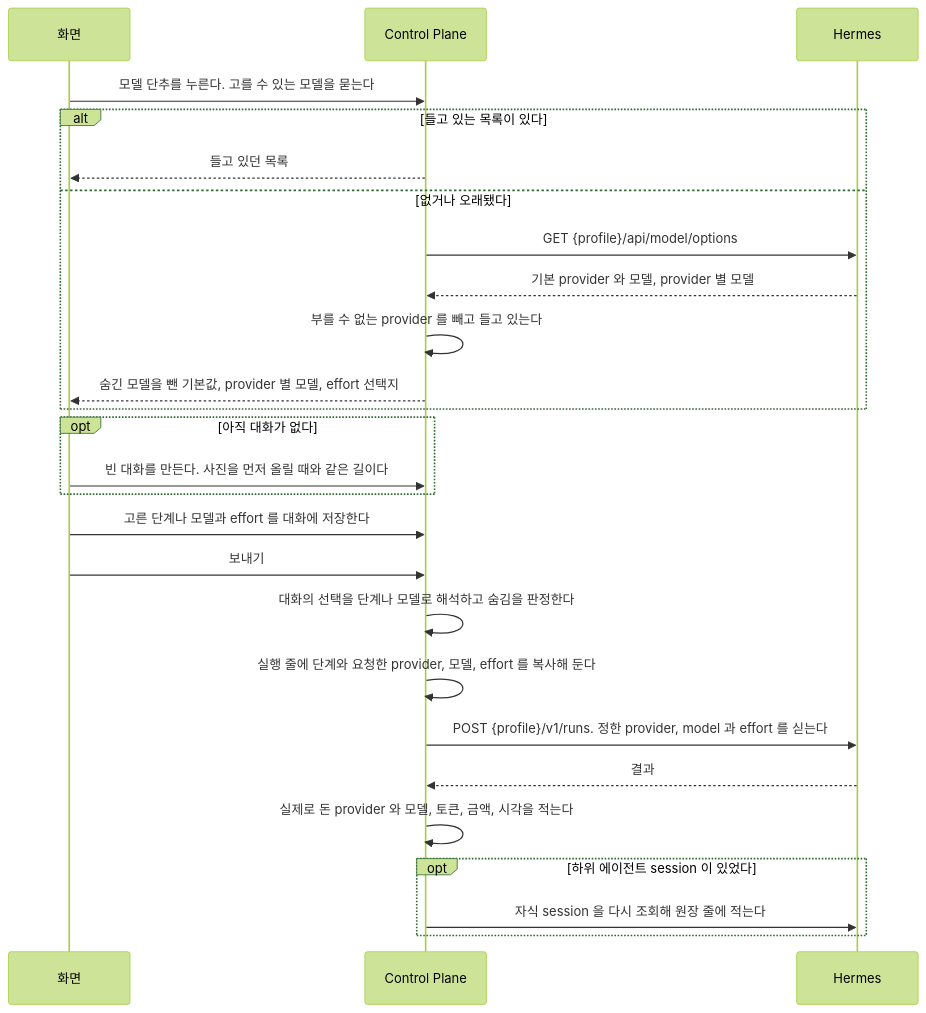
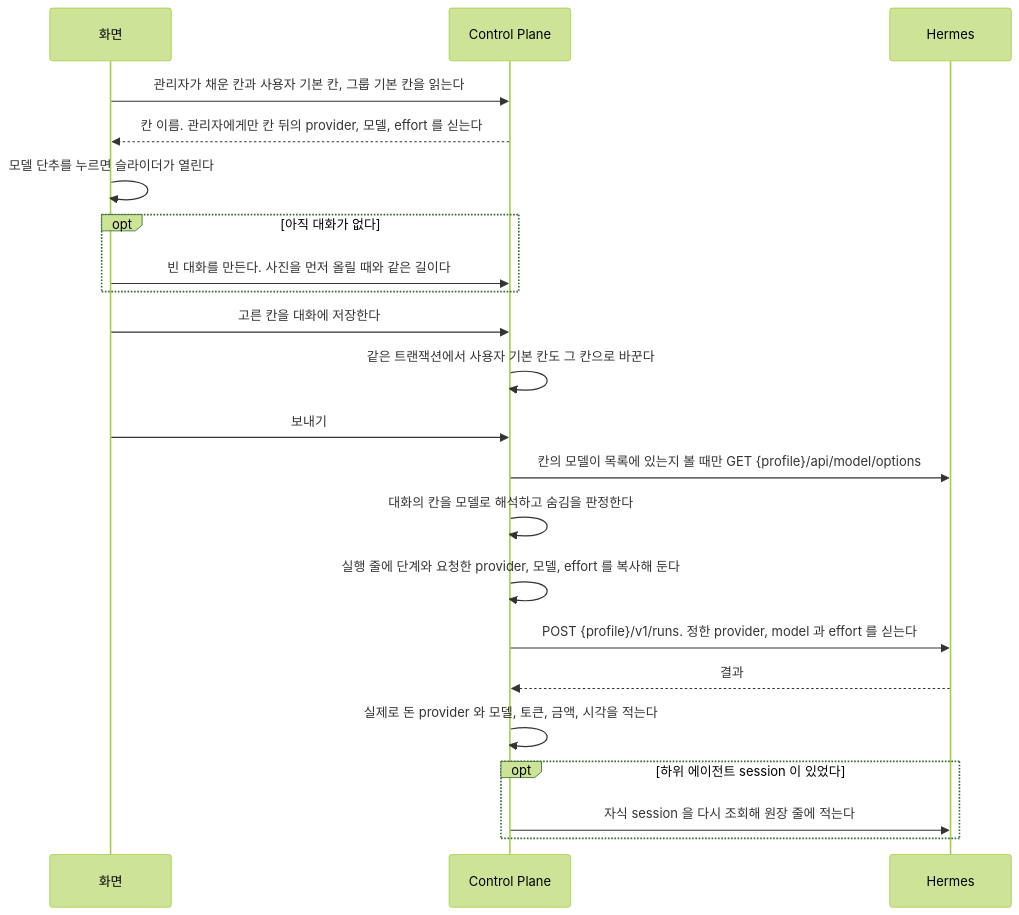
The diagram in docs/features/model-usage.md (jon890/fos-assistant), drawn with Mermaid (forest theme) before and after one commit. The commit also changed other lines of this file and 4 other files, not shown here.

````diff
--- a/docs/features/model-usage.md
+++ b/docs/features/model-usage.md
@@ -31,29 +32,25 @@
 ```mermaid
 sequenceDiagram
     participant W as 화면
     participant C as Control Plane
     participant H as Hermes
 
-    W->>C: 모델 단추를 누른다. 고를 수 있는 모델을 묻는다
-    alt 들고 있는 목록이 있다
-        C-->>W: 들고 있던 목록
-    else 없거나 오래됐다
-        C->>H: GET {profile}/api/model/options
-        H-->>C: 기본 provider 와 모델, provider 별 모델
-        C->>C: 부를 수 없는 provider 를 빼고 들고 있는다
-        C-->>W: 숨긴 모델을 뺀 기본값, provider 별 모델, effort 선택지
-    end
+    W->>C: 관리자가 채운 칸과 사용자 기본 칸, 그룹 기본 칸을 읽는다
+    C-->>W: 칸 이름. 관리자에게만 칸 뒤의 provider, 모델, effort 를 싣는다
+    W->>W: 모델 단추를 누르면 슬라이더가 열린다
     opt 아직 대화가 없다
         W->>C: 빈 대화를 만든다. 사진을 먼저 올릴 때와 같은 길이다
     end
-    W->>C: 고른 단계나 모델과 effort 를 대화에 저장한다
+    W->>C: 고른 칸을 대화에 저장한다
+    C->>C: 같은 트랜잭션에서 사용자 기본 칸도 그 칸으로 바꾼다
     W->>C: 보내기
-    C->>C: 대화의 선택을 단계나 모델로 해석하고 숨김을 판정한다
+    C->>H: 칸의 모델이 목록에 있는지 볼 때만 GET {profile}/api/model/options
+    C->>C: 대화의 칸을 모델로 해석하고 숨김을 판정한다
     C->>C: 실행 줄에 단계와 요청한 provider, 모델, effort 를 복사해 둔다
     C->>H: POST {profile}/v1/runs. 정한 provider, model 과 effort 를 싣는다
     H-->>C: 결과
     C->>C: 실제로 돈 provider 와 모델, 토큰, 금액, 시각을 적는다
     opt 하위 에이전트 session 이 있었다
         C->>H: 자식 session 을 다시 조회해 원장 줄에 적는다
     end
 ```
````
